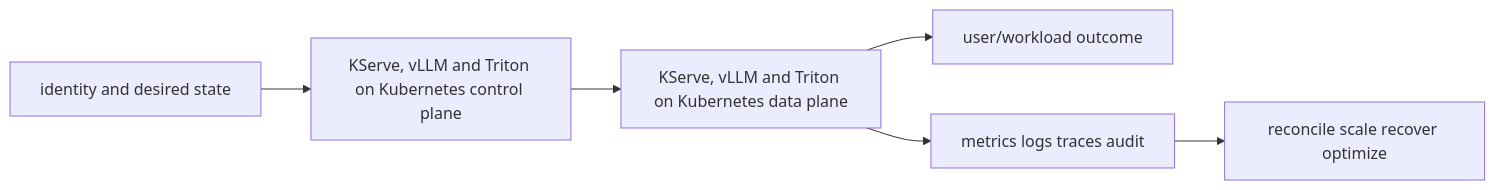
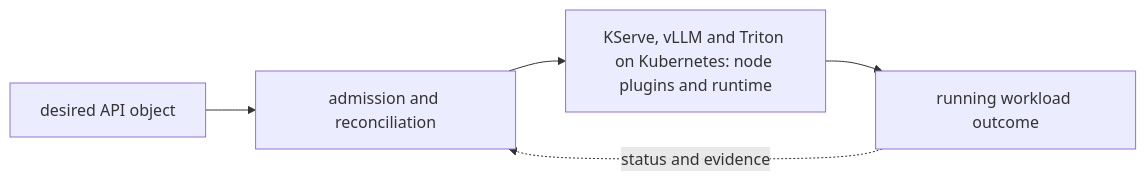
The diagram in 06-kubernetes/09-gpu-llmops/03-model-serving/README.md (tomkidumbuyo/DevOps-interview-preparation), drawn with Mermaid before and after one commit. The commit also changed other lines of this file and 753 other files, not shown here.

````diff
--- a/06-kubernetes/09-gpu-llmops/03-model-serving/README.md
+++ b/06-kubernetes/09-gpu-llmops/03-model-serving/README.md
@@ -19,8 +31,7 @@
 ```mermaid
 flowchart LR
-  I[identity and desired state] --> C[KServe, vLLM and Triton on Kubernetes control plane]
-  C --> D[KServe, vLLM and Triton on Kubernetes data plane]
-  D --> U[user/workload outcome]
-  D --> O[metrics logs traces audit]
-  O --> R[reconcile scale recover optimize]
+  A["desired API object"] --> B["admission and reconciliation"]
+  B --> C["KServe, vLLM and Triton on Kubernetes: node plugins and runtime"]
+  C --> D["running workload outcome"]
+  D -. "status and evidence" .-> B
 ```
````
